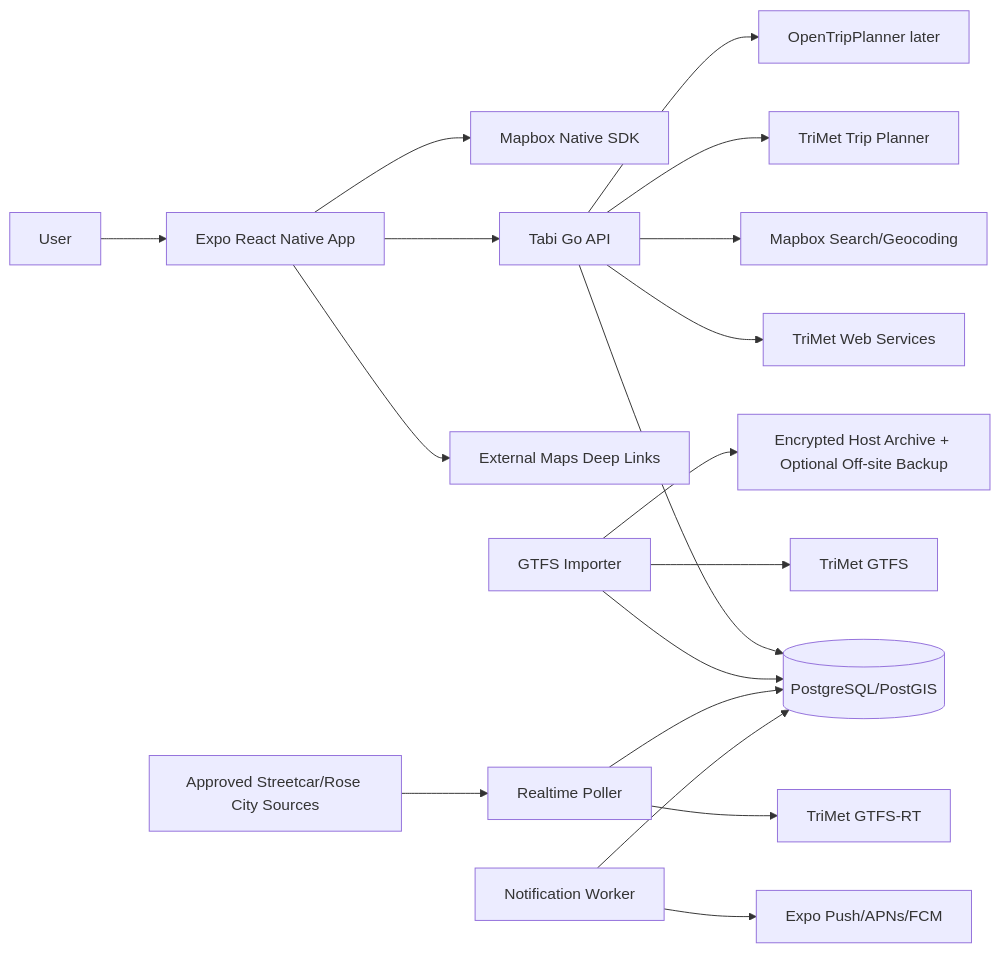
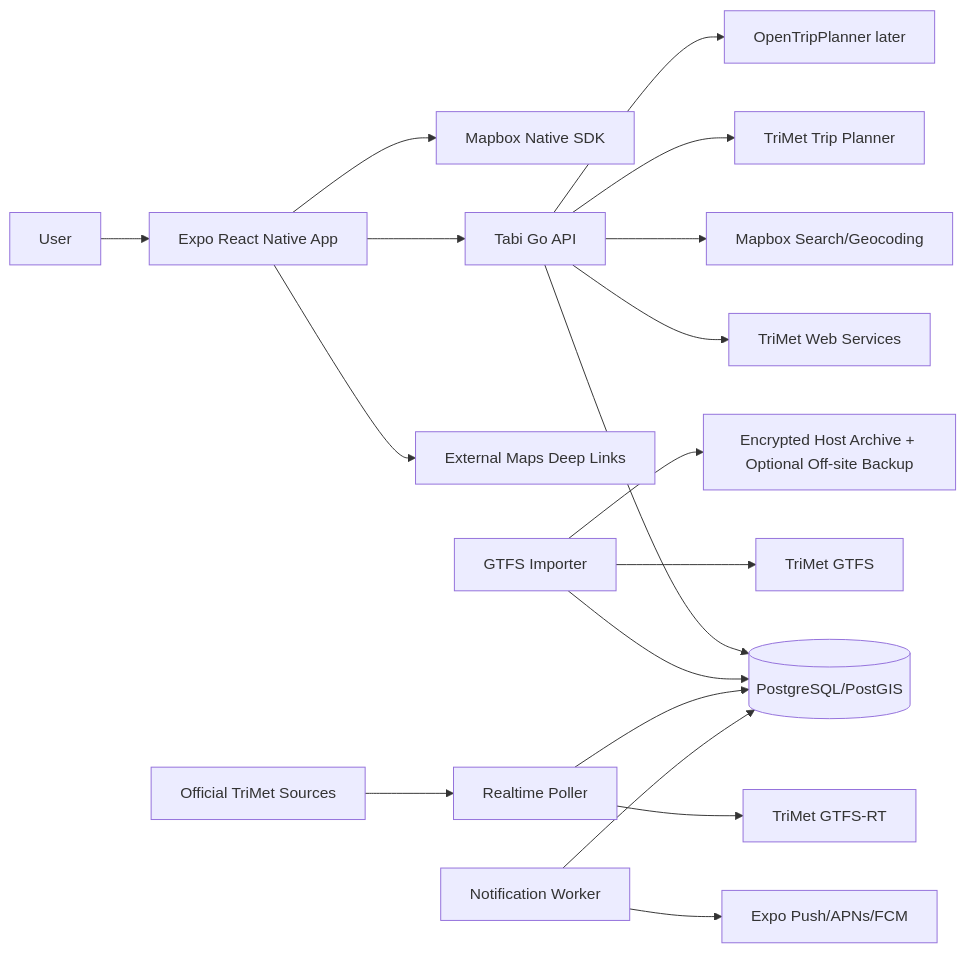
One commit to toozej/tabi-transit changed the diagram in docs/implementation-plan/02_SYSTEM_ARCHITECTURE.md. Above: the diagram before and after it, drawn with Mermaid. The commit also changed other lines of this file and 79 other files, not shown here.

````diff
--- a/docs/implementation-plan/02_SYSTEM_ARCHITECTURE.md
+++ b/docs/implementation-plan/02_SYSTEM_ARCHITECTURE.md
@@ -28,20 +28,20 @@
 ```mermaid
 flowchart LR
   User --> Mobile[Expo React Native App]
   Mobile --> Mapbox[Mapbox Native SDK]
   Mobile --> API[Tabi Go API]
   Mobile --> Links[External Maps Deep Links]
   API --> PG[(PostgreSQL/PostGIS)]
   API --> TriMet[TriMet Web Services]
   API --> Search[Mapbox Search/Geocoding]
   API --> Planner[TriMet Trip Planner]
   Importer[GTFS Importer] --> GTFS[TriMet GTFS]
   Importer --> PG
   Importer --> Archive[Encrypted Host Archive + Optional Off-site Backup]
   Poller[Realtime Poller] --> RT[TriMet GTFS-RT]
   Poller --> PG
   Worker[Notification Worker] --> Push[Expo Push/APNs/FCM]
   Worker --> PG
-  Approved[Approved Streetcar/Rose City Sources] --> Poller
+  Approved[Official TriMet Sources] --> Poller
   API --> OTP[OpenTripPlanner later]
 ```
````
